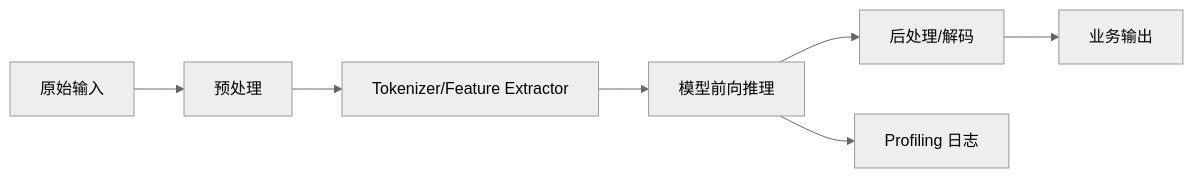
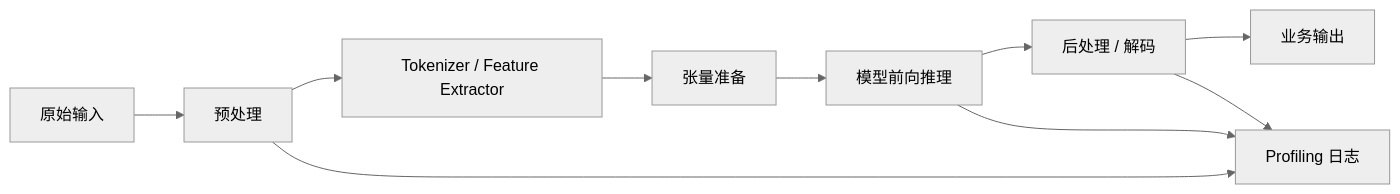
One commit to skyswordw/edge-ai-deployment-course changed the first of 2 diagrams in docs/ml-inference-basics.md. Above: the diagram before and after it, drawn with Mermaid (neutral theme). The commit also changed other lines of this file and 29 other files, not shown here.

````diff
--- a/docs/ml-inference-basics.md
+++ b/docs/ml-inference-basics.md
@@ -19,9 +42,12 @@
 ```mermaid
 flowchart LR
-  A[原始输入] --> B[预处理]
-  B --> C[Tokenizer/Feature Extractor]
-  C --> D[模型前向推理]
-  D --> E[后处理/解码]
-  E --> F[业务输出]
-  D --> G[Profiling 日志]
+  A["原始输入"] --> B["预处理"]
+  B --> C["Tokenizer / Feature Extractor"]
+  C --> D["张量准备"]
+  D --> E["模型前向推理"]
+  E --> F["后处理 / 解码"]
+  F --> G["业务输出"]
+  E --> H["Profiling 日志"]
+  B --> H
+  F --> H
 ```
````
